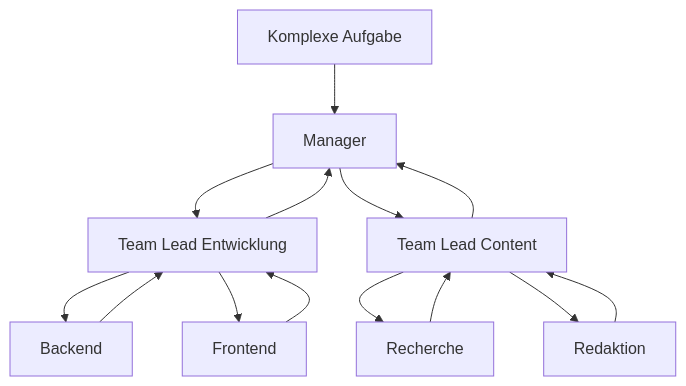
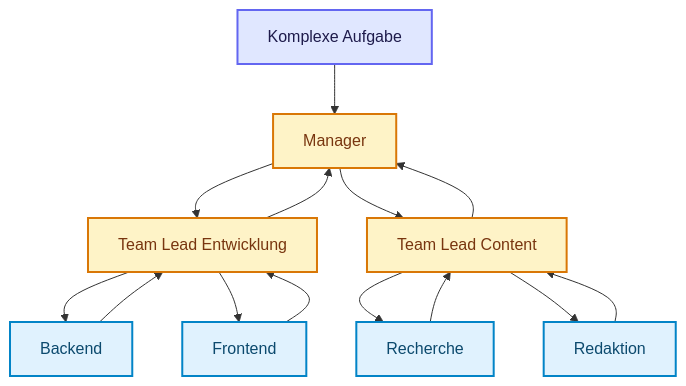
One commit to ralf-42/Agenten changed the seventh of 10 diagrams in docs/06-multi-agent-erweiterungen/multi-agent-systeme.md. Above: the diagram before and after it, drawn with Mermaid. The commit also changed other lines of this file and 18 other files, not shown here.

````diff
--- a/docs/06-multi-agent-erweiterungen/multi-agent-systeme.md
+++ b/docs/06-multi-agent-erweiterungen/multi-agent-systeme.md
@@ -226,16 +280,23 @@
 ```mermaid
 flowchart TD
     A[Komplexe Aufgabe] --> M[Manager]
     M --> TL1[Team Lead Entwicklung]
     M --> TL2[Team Lead Content]
     TL1 --> D1[Backend]
     TL1 --> D2[Frontend]
     TL2 --> C1[Recherche]
     TL2 --> C2[Redaktion]
     D1 --> TL1
     D2 --> TL1
     C1 --> TL2
     C2 --> TL2
     TL1 --> M
     TL2 --> M
+
+    classDef default fill:#e0f2fe,stroke:#0284c7,stroke-width:2px,color:#0c4a6e;
+    classDef input fill:#e0e7ff,stroke:#6366f1,stroke-width:2px,color:#1e1b4b;
+    classDef metric fill:#fef3c7,stroke:#d97706,stroke-width:2px,color:#78350f;
+
+    class A input;
+    class M,TL1,TL2 metric;
 ```
````
